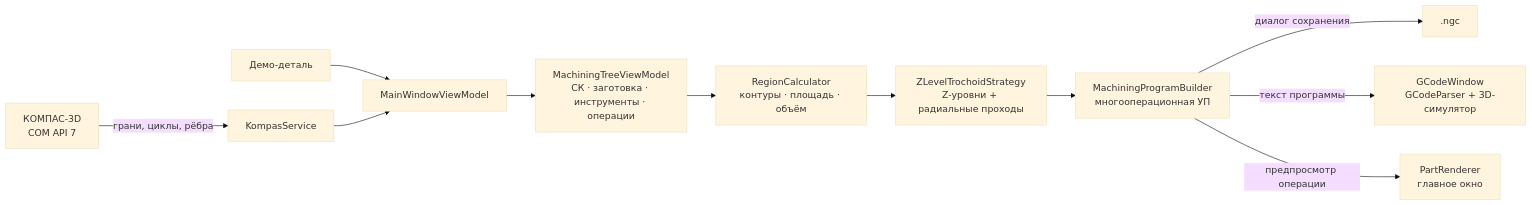
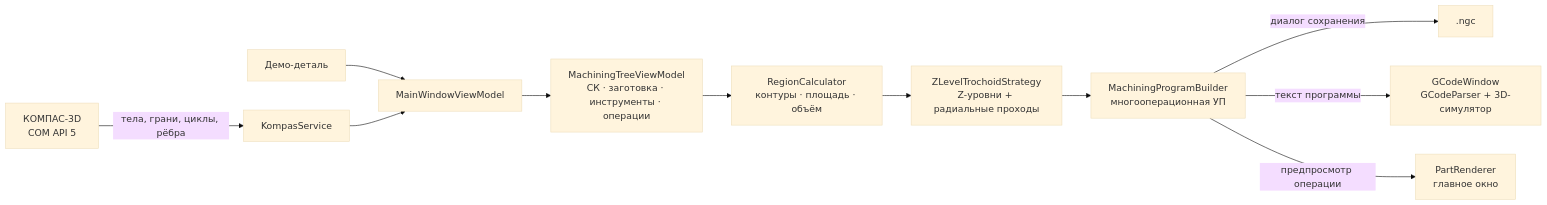
Before and after one commit to MrLait/TrochoidCam: the diagram in README.md, drawn with Mermaid (base theme). The commit also changed other lines of this file and 2 other files, not shown here.

````diff
--- a/README.md
+++ b/README.md
@@ -218,13 +218,13 @@
 ```mermaid
 flowchart LR
-    K["КОМПАС-3D<br/>COM API 7"] -->|"грани, циклы, рёбра"| KS["KompasService"]
+    K["КОМПАС-3D<br/>COM API 5"] -->|"тела, грани, циклы, рёбра"| KS["KompasService"]
     D["Демо-деталь"] --> VM
     KS --> VM["MainWindowViewModel"]
     VM --> TREE["MachiningTreeViewModel<br/>СК · заготовка · инструменты · операции"]
     TREE --> REG["RegionCalculator<br/>контуры · площадь · объём"]
     REG --> STRAT["ZLevelTrochoidStrategy<br/>Z-уровни + радиальные проходы"]
     STRAT --> PROG["MachiningProgramBuilder<br/>многооперационная УП"]
     PROG -->|"диалог сохранения"| F[".ngc"]
     PROG -->|"текст программы"| GW["GCodeWindow<br/>GCodeParser + 3D-симулятор"]
     PROG -->|"предпросмотр операции"| PR["PartRenderer<br/>главное окно"]
 ```
````
